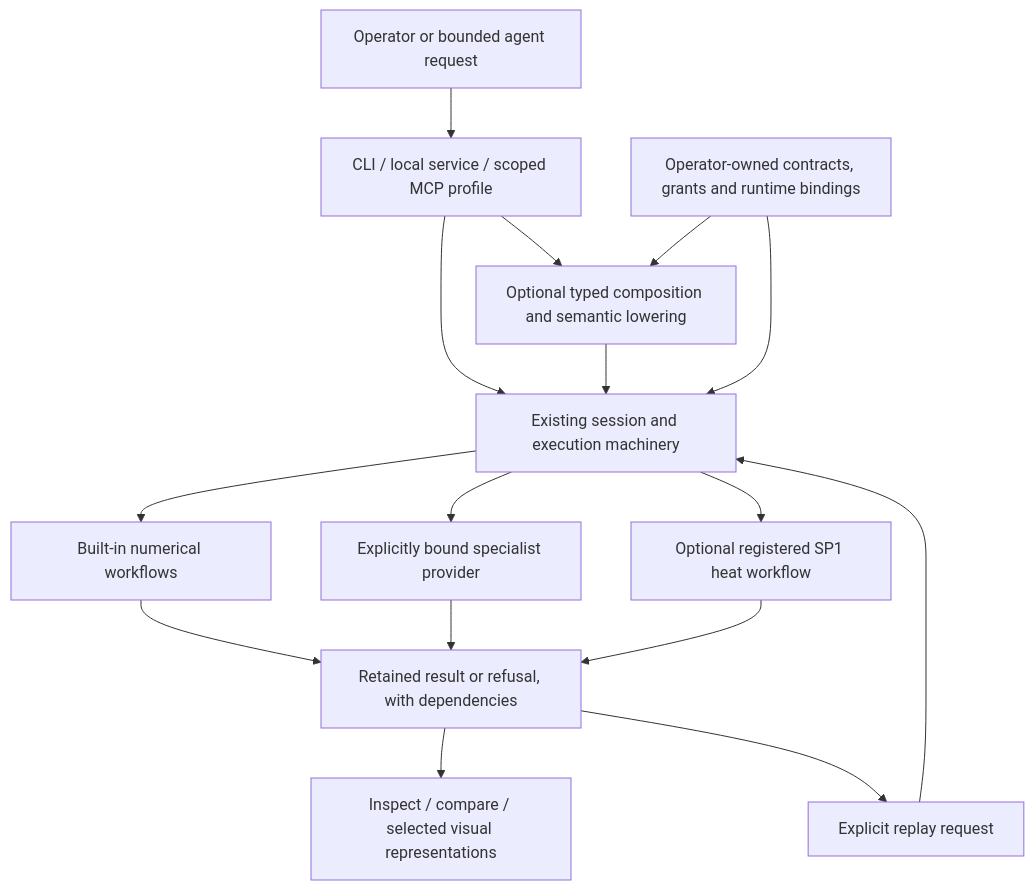
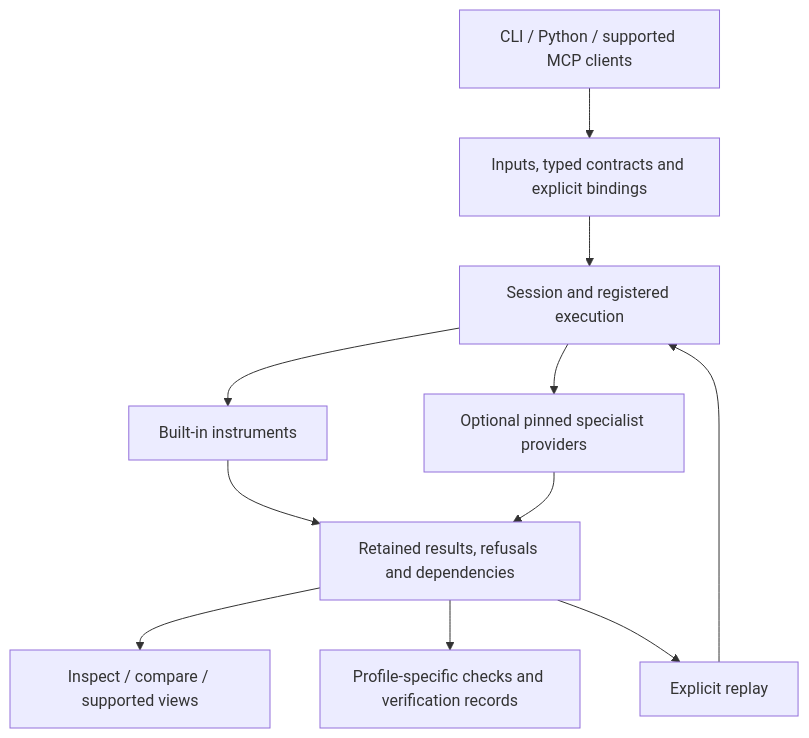
Before and after one commit to orphicshipping/Orphic-Decentralized-System-Pilot: the diagram in README.md, drawn with Mermaid. The commit also changed other lines of this file, not shown here.

````diff
--- a/README.md
+++ b/README.md
@@ -121,18 +105,13 @@
 ```mermaid
 flowchart TD
-    Author["Operator or bounded agent request"] --> Entry["CLI / local service / scoped MCP profile"]
-    Entry --> Compose["Optional typed composition and semantic lowering"]
-    Entry --> Execute["Existing session and execution machinery"]
-    Compose --> Execute
-    Bind["Operator-owned contracts, grants and runtime bindings"] --> Compose
-    Bind --> Execute
-    Execute --> Builtin["Built-in numerical workflows"]
-    Execute --> Provider["Explicitly bound specialist provider"]
-    Execute --> Heat["Optional registered SP1 heat workflow"]
-    Builtin --> Retain["Retained result or refusal, with dependencies"]
-    Provider --> Retain
-    Heat --> Retain
-    Retain --> Inspect["Inspect / compare / selected visual representations"]
-    Retain --> Replay["Explicit replay request"]
-    Replay --> Execute
+    Client["CLI / Python / supported MCP clients"] --> Contracts["Inputs, typed contracts and explicit bindings"]
+    Contracts --> Session["Session and registered execution"]
+    Session --> Builtin["Built-in instruments"]
+    Session --> Provider["Optional pinned specialist providers"]
+    Builtin --> Records["Retained results, refusals and dependencies"]
+    Provider --> Records
+    Records --> Review["Inspect / compare / supported views"]
+    Records --> Checks["Profile-specific checks and verification records"]
+    Records --> Replay["Explicit replay"]
+    Replay --> Session
 ```
````
